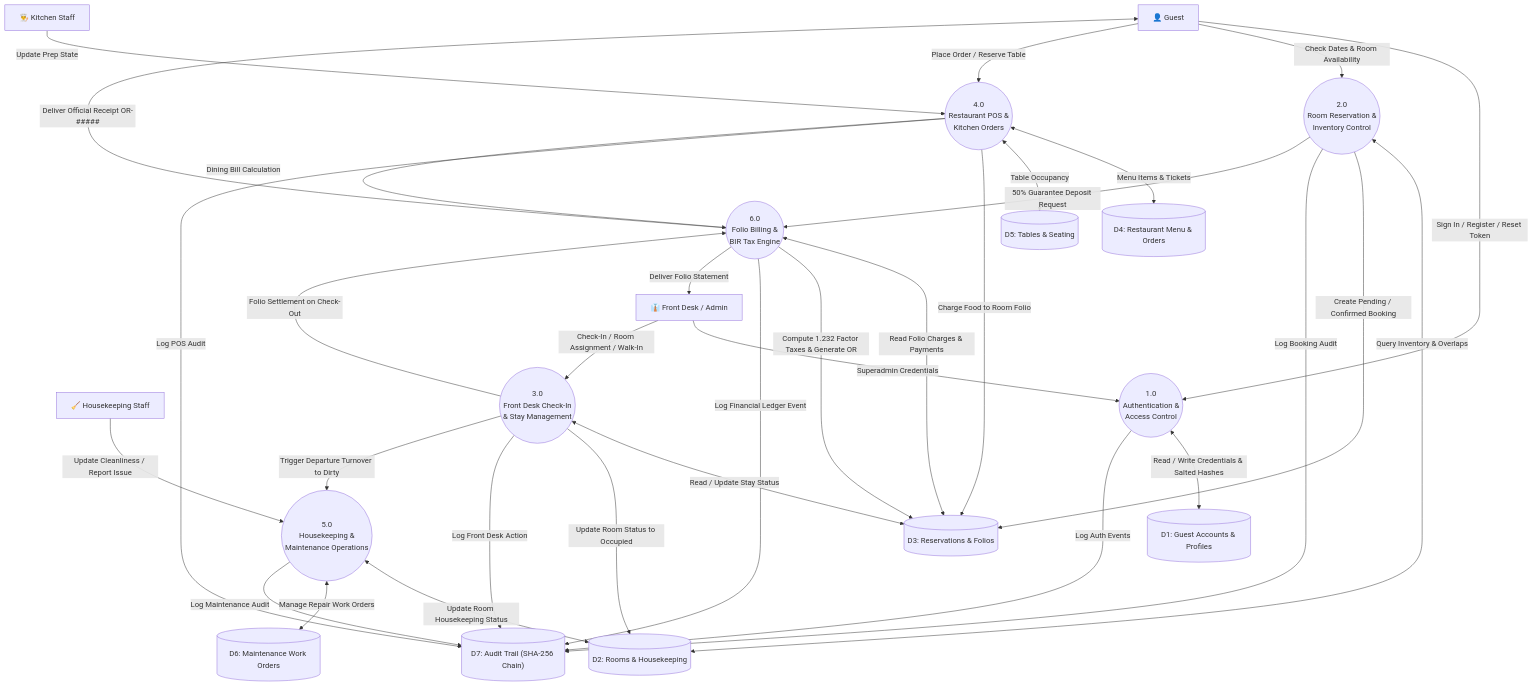
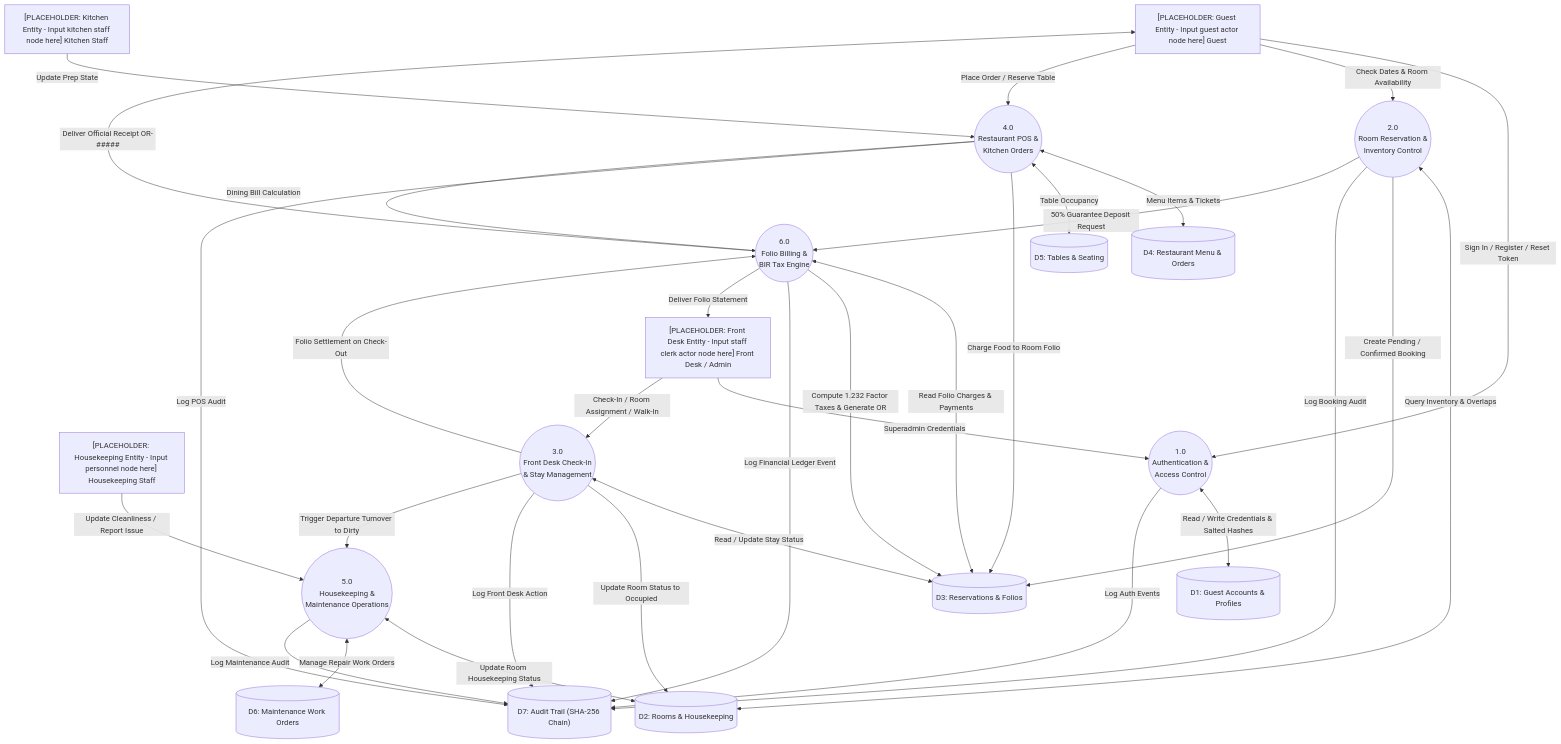
One commit to rech-axn/PUPSJ-HRMS changed the second of 4 diagrams in docs/DFD.md. Above: the diagram before and after it, drawn with Mermaid. The commit also changed other lines of this file and 63 other files, not shown here.

````diff
--- a/docs/DFD.md
+++ b/docs/DFD.md
@@ -65,63 +65,63 @@
 ```mermaid
 graph TD
     %% External Entities
-    Guest["👤 Guest"]
-    FrontDesk["👔 Front Desk / Admin"]
-    Kitchen["👨‍🍳 Kitchen Staff"]
-    HKStaff["🧹 Housekeeping Staff"]
+    Guest["[PLACEHOLDER: Guest Entity - Input guest actor node here] Guest"]
+    FrontDesk["[PLACEHOLDER: Front Desk Entity - Input staff clerk actor node here] Front Desk / Admin"]
+    Kitchen["[PLACEHOLDER: Kitchen Entity - Input kitchen staff node here] Kitchen Staff"]
+    HKStaff["[PLACEHOLDER: Housekeeping Entity - Input personnel node here] Housekeeping Staff"]
 
     %% Data Stores
     D1[("D1: Guest Accounts & Profiles")]
     D2[("D2: Rooms & Housekeeping")]
     D3[("D3: Reservations & Folios")]
     D4[("D4: Restaurant Menu & Orders")]
     D5[("D5: Tables & Seating")]
     D6[("D6: Maintenance Work Orders")]
     D7[("D7: Audit Trail (SHA-256 Chain)")]
 
     %% Processes
     P1(("1.0<br/>Authentication &<br/>Access Control"))
     P2(("2.0<br/>Room Reservation &<br/>Inventory Control"))
     P3(("3.0<br/>Front Desk Check-In<br/>& Stay Management"))
     P4(("4.0<br/>Restaurant POS &<br/>Kitchen Orders"))
     P5(("5.0<br/>Housekeeping &<br/>Maintenance Operations"))
     P6(("6.0<br/>Folio Billing &<br/>BIR Tax Engine"))
 
     %% Data Flows
     Guest -->|Sign In / Register / Reset Token| P1
     FrontDesk -->|Superadmin Credentials| P1
     P1 <-->|Read / Write Credentials & Salted Hashes| D1
     P1 -->|Log Auth Events| D7
 
     Guest -->|Check Dates & Room Availability| P2
     P2 <-->|Query Inventory & Overlaps| D2
     P2 -->|Create Pending / Confirmed Booking| D3
     P2 -->|Log Booking Audit| D7
 
     FrontDesk -->|Check-In / Room Assignment / Walk-In| P3
     P3 <-->|Read / Update Stay Status| D3
     P3 -->|Update Room Status to Occupied| D2
     P3 -->|Log Front Desk Action| D7
 
     Guest -->|Place Order / Reserve Table| P4
     Kitchen -->|Update Prep State| P4
     P4 <-->|Menu Items & Tickets| D4
     P4 <-->|Table Occupancy| D5
     P4 -->|Charge Food to Room Folio| D3
     P4 -->|Log POS Audit| D7
 
     HKStaff -->|Update Cleanliness / Report Issue| P5
     P3 -->|Trigger Departure Turnover to Dirty| P5
     P5 <-->|Update Room Housekeeping Status| D2
     P5 <-->|Manage Repair Work Orders| D6
     P5 -->|Log Maintenance Audit| D7
 
     P2 -->|50% Guarantee Deposit Request| P6
     P3 -->|Folio Settlement on Check-Out| P6
     P4 -->|Dining Bill Calculation| P6
     P6 <-->|Read Folio Charges & Payments| D3
     P6 -->|Compute 1.232 Factor Taxes & Generate OR| D3
     P6 -->|Log Financial Ledger Event| D7
     P6 -->|Deliver Official Receipt OR-#####| Guest
     P6 -->|Deliver Folio Statement| FrontDesk
 ```
````
